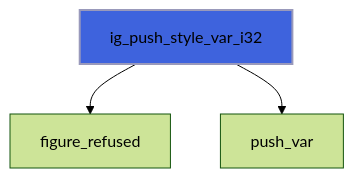
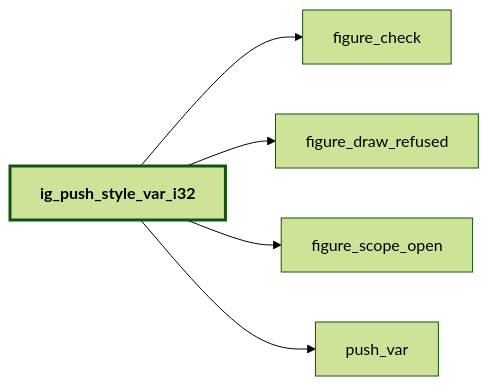
One commit to szaghi/figure changed diagram 12 of 44 in docs/api/src/lib/figure_style.md. Above: the diagram before and after it, drawn with Mermaid (forest theme). The commit also changed other lines of this file and 54 other files, not shown here.

````diff
--- a/docs/api/src/lib/figure_style.md
+++ b/docs/api/src/lib/figure_style.md
@@ -454,6 +528,13 @@
 ```mermaid
-flowchart TD
-  ig_push_style_var_i32["ig_push_style_var_i32"] --> figure_refused["figure_refused"]
+flowchart LR
+  ig_push_style_var_i32["ig_push_style_var_i32"] --> figure_check["figure_check"]
+  ig_push_style_var_i32["ig_push_style_var_i32"] --> figure_draw_refused["figure_draw_refused"]
+  ig_push_style_var_i32["ig_push_style_var_i32"] --> figure_scope_open["figure_scope_open"]
   ig_push_style_var_i32["ig_push_style_var_i32"] --> push_var["push_var"]
-  style ig_push_style_var_i32 fill:#3e63dd,stroke:#99b,stroke-width:2px
+  classDef focus stroke-width:3px,font-weight:bold
+  class ig_push_style_var_i32 focus
+  click figure_draw_refused href "figure_base.html#figure-draw-refused" "figure_draw_refused"
+  click push_var href "#push-var" "push_var"
+  click figure_scope_open href "figure_base.html#figure-scope-open" "figure_scope_open"
+  click figure_check href "figure_base.html#figure-check" "figure_check"
 ```
````
